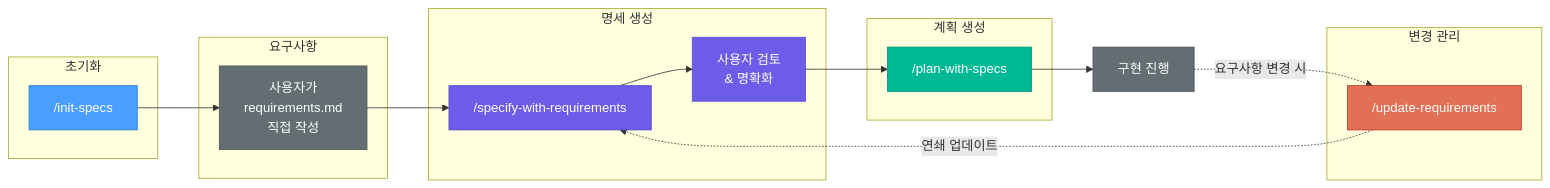
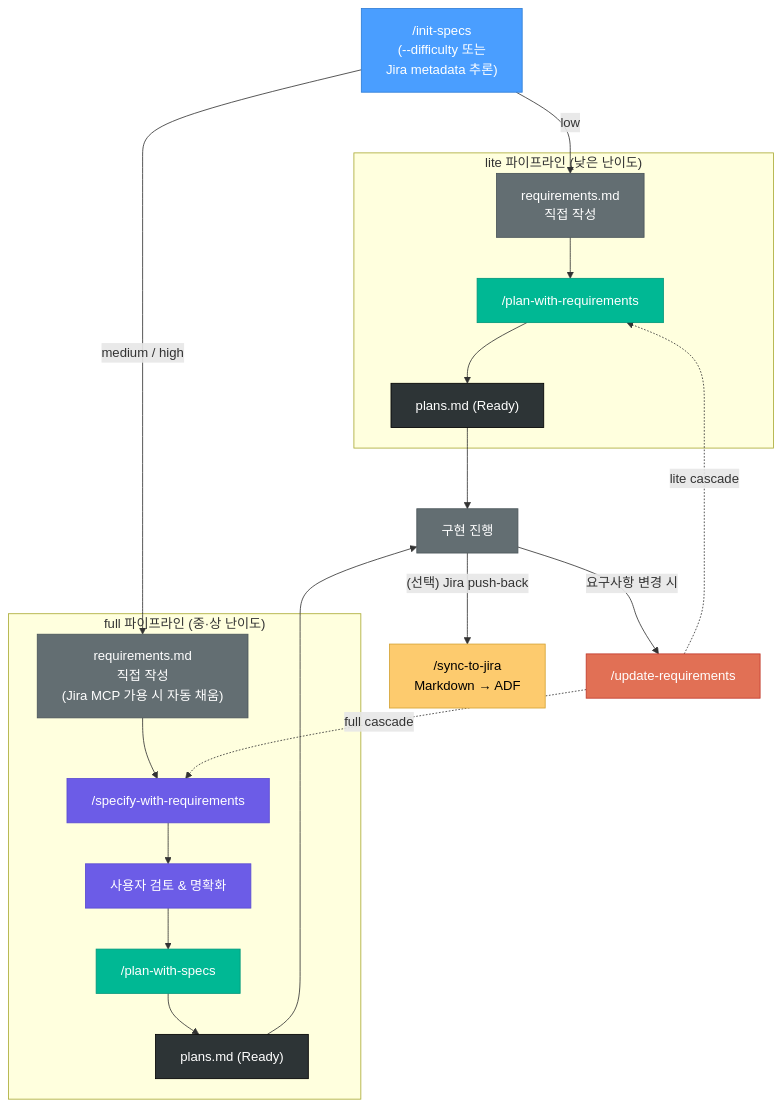
One commit to datamaker-kr/synapse-claude-marketplace changed the diagram in plugins/sdd-helper/README.md. Above: the diagram before and after it, drawn with Mermaid. The commit also changed other lines of this file and 16 other files, not shown here.

First line of the commit message:
[SYN-6873] 기능: sdd-helper 1.1.0 — 난이도 분기 + Jira MCP 양방향 연동 (#20)

````diff
--- a/plugins/sdd-helper/README.md
+++ b/plugins/sdd-helper/README.md
@@ -38,39 +43,39 @@
 ```mermaid
-graph LR
-    subgraph 초기화
-        A["/init-specs"]
+graph TB
+    A["/init-specs<br/>(--difficulty 또는<br/>Jira metadata 추론)"]
+
+    A -- "low" --> B1["requirements.md<br/>직접 작성"]
+    A -- "medium / high" --> B2["requirements.md<br/>직접 작성<br/>(Jira MCP 가용 시 자동 채움)"]
+
+    subgraph lite["lite 파이프라인 (낮은 난이도)"]
+        B1 --> P1["/plan-with-requirements"]
+        P1 --> R1["plans.md (Ready)"]
     end
 
-    subgraph 요구사항
-        B["사용자가<br/>requirements.md<br/>직접 작성"]
+    subgraph full["full 파이프라인 (중·상 난이도)"]
+        B2 --> C["/specify-with-requirements"]
+        C --> D["사용자 검토 & 명확화"]
+        D --> E["/plan-with-specs"]
+        E --> R2["plans.md (Ready)"]
     end
 
-    subgraph 명세 생성
-        C["/specify-with-requirements"]
-        D["사용자 검토<br/>& 명확화"]
-    end
-
-    subgraph 계획 생성
-        E["/plan-with-specs"]
-    end
-
-    subgraph 변경 관리
-        F["/update-requirements"]
-    end
-
-    A --> B
-    B --> C
-    C --> D
-    D --> E
-    E --> G["구현 진행"]
-    G -. "요구사항 변경 시" .-> F
-    F -. "연쇄 업데이트" .-> C
+    R1 --> G["구현 진행"]
+    R2 --> G
+    G -- "요구사항 변경 시" --> F["/update-requirements"]
+    F -. "lite cascade" .-> P1
+    F -. "full cascade" .-> C
+    G -- "(선택) Jira push-back" --> S["/sync-to-jira<br/>Markdown → ADF"]
 
     style A fill:#4a9eff,stroke:#2d7cd6,color:#fff
-    style B fill:#636e72,stroke:#4a5459,color:#fff
+    style B1 fill:#636e72,stroke:#4a5459,color:#fff
+    style B2 fill:#636e72,stroke:#4a5459,color:#fff
     style C fill:#6c5ce7,stroke:#5a4bd1,color:#fff
     style D fill:#6c5ce7,stroke:#5a4bd1,color:#fff
     style E fill:#00b894,stroke:#00967a,color:#fff
+    style P1 fill:#00b894,stroke:#00967a,color:#fff
+    style R1 fill:#2d3436,stroke:#000,color:#fff
+    style R2 fill:#2d3436,stroke:#000,color:#fff
     style F fill:#e17055,stroke:#c0392b,color:#fff
     style G fill:#636e72,stroke:#4a5459,color:#fff
+    style S fill:#fdcb6e,stroke:#d4a233,color:#000
 ```
````
